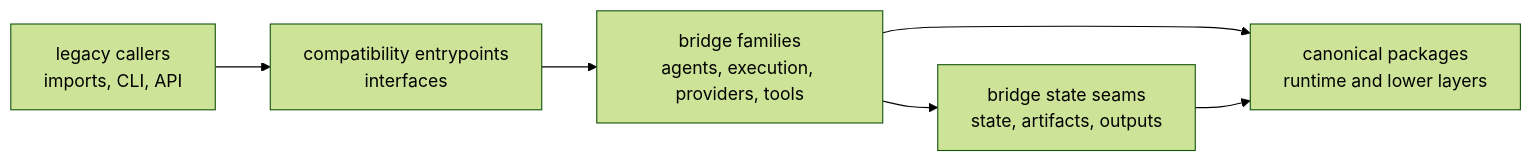
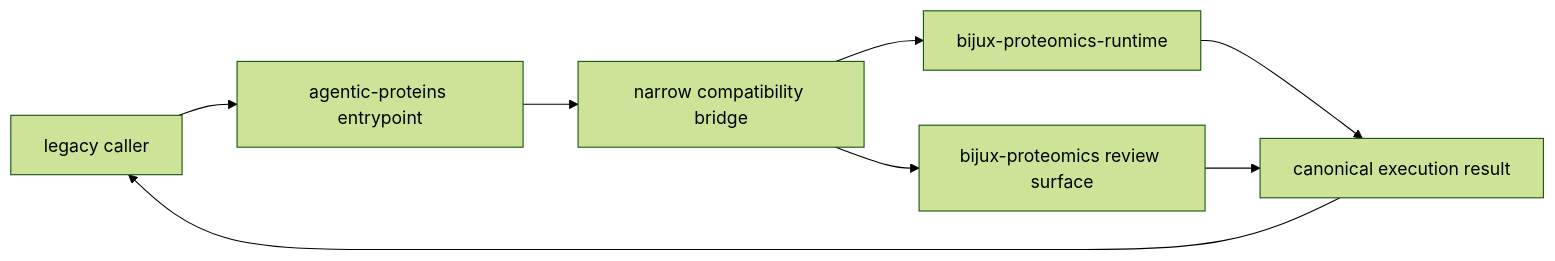
The first of 2 diagrams in docs/02-agentic-proteins/architecture/index.md (bijux/bijux-proteomics), drawn with Mermaid (forest theme) before and after one commit. The commit also changed other lines of this file and 1 other file, not shown here.

Commit message:
docs(compatibility): make migration evidence actionable

````diff
--- a/docs/02-agentic-proteins/architecture/index.md
+++ b/docs/02-agentic-proteins/architecture/index.md
@@ -17,14 +17,10 @@
 ```mermaid
 flowchart LR
-    legacy["legacy callers<br/>imports, CLI, API"]
-    interfaces["compatibility entrypoints<br/>interfaces"]
-    bridge["bridge families<br/>agents, execution, providers, tools"]
-    state["bridge state seams<br/>state, artifacts, outputs"]
-    canonical["canonical packages<br/>runtime and lower layers"]
-
-    legacy --> interfaces
-    interfaces --> bridge
-    bridge --> state
-    bridge --> canonical
-    state --> canonical
+    C["legacy caller"] --> E["agentic-proteins entrypoint"]
+    E --> B["narrow compatibility bridge"]
+    B --> R["bijux-proteomics-runtime"]
+    B --> P["bijux-proteomics review surface"]
+    R --> X["canonical execution result"]
+    P --> X
+    X --> C
 ```
````
